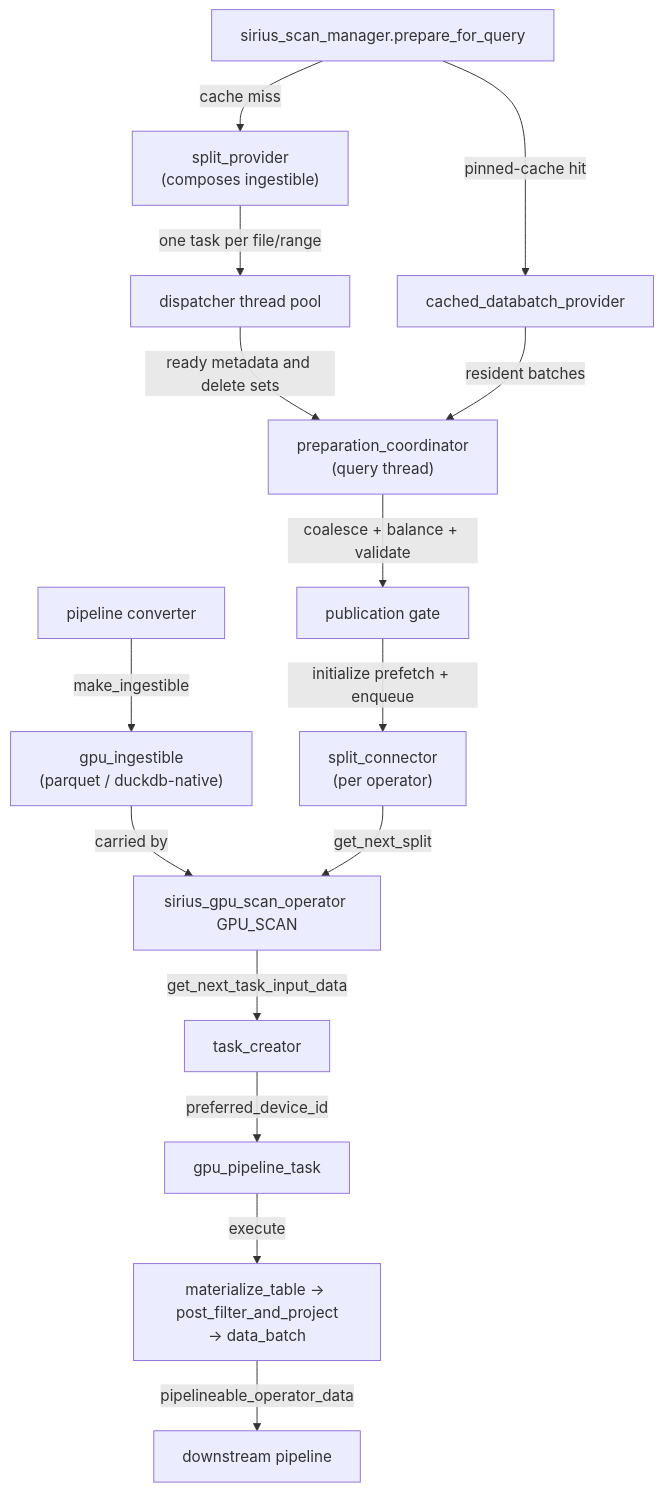
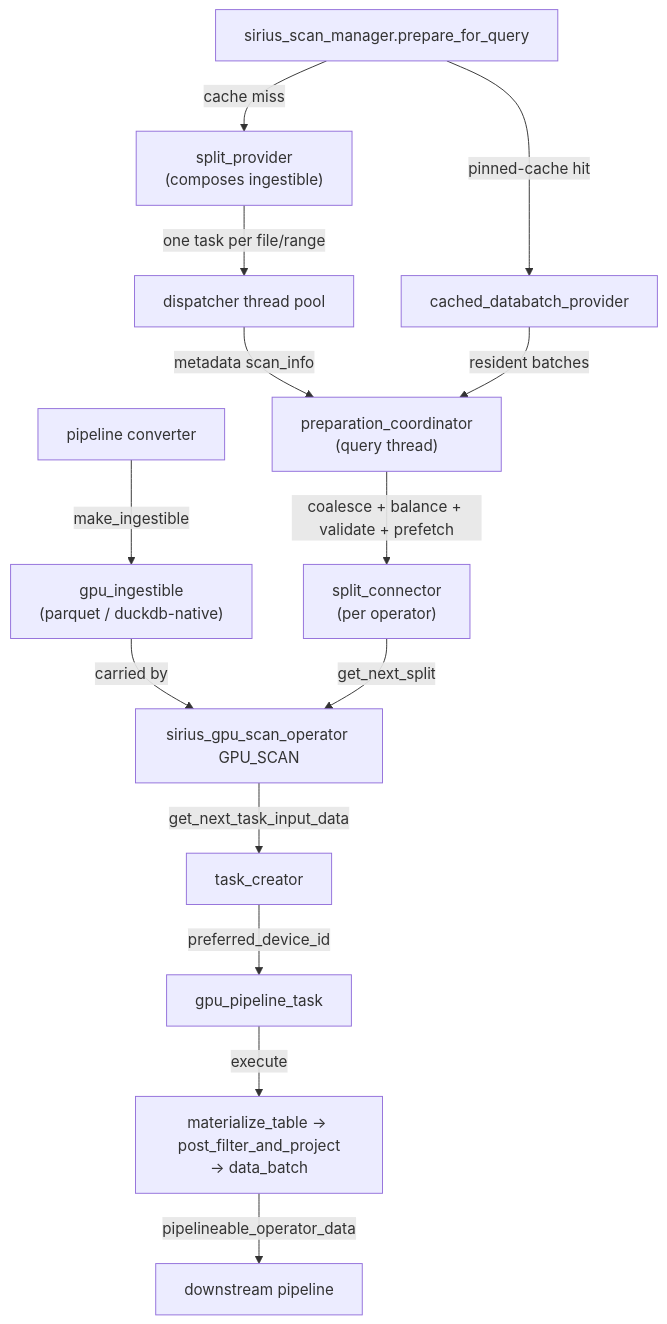
The diagram in docs/super-sirius/scan.md (sirius-db/sirius), drawn with Mermaid before and after one commit. The commit also changed other lines of this file and 1 other file, not shown here.

Commit message:
docs(scan): update design docs

````diff
--- a/docs/super-sirius/scan.md
+++ b/docs/super-sirius/scan.md
@@ -613,20 +613,20 @@
 ```mermaid
 graph TD
     CONV[pipeline converter] -->|make_ingestible| ING["gpu_ingestible<br/>(parquet / duckdb-native)"]
     ING -->|carried by| OP[sirius_gpu_scan_operator GPU_SCAN]
 
     SM[sirius_scan_manager.prepare_for_query] -->|cache miss| SP["split_provider<br/>(composes ingestible)"]
     SM -->|pinned-cache hit| DBP[cached_databatch_provider]
 
     SP -->|one task per file/range| DISP[dispatcher thread pool]
-    DISP -->|ready metadata and delete sets| PREP["preparation_coordinator<br/>(query thread)"]
-    DBP -->|resident batches| PREP
-    PREP -->|coalesce + balance + validate| PUB[publication gate]
-    PUB -->|initialize prefetch + enqueue| SC["split_connector<br/>(per operator)"]
+    DISP -->|metadata scan_info| SEQ["preparation_coordinator<br/>(query thread)"]
+    DBP -->|resident batches| SEQ
+
+    SEQ -->|coalesce + balance + validate + prefetch| SC["split_connector<br/>(per operator)"]
     SC -->|get_next_split| OP
 
     OP -->|get_next_task_input_data| TC[task_creator]
     TC -->|preferred_device_id| GPT[gpu_pipeline_task]
     GPT -->|execute| EX["materialize_table -> post_filter_and_project<br/>-> data_batch"]
     EX -->|pipelineable_operator_data| NEXT[downstream pipeline]
 ```
````
